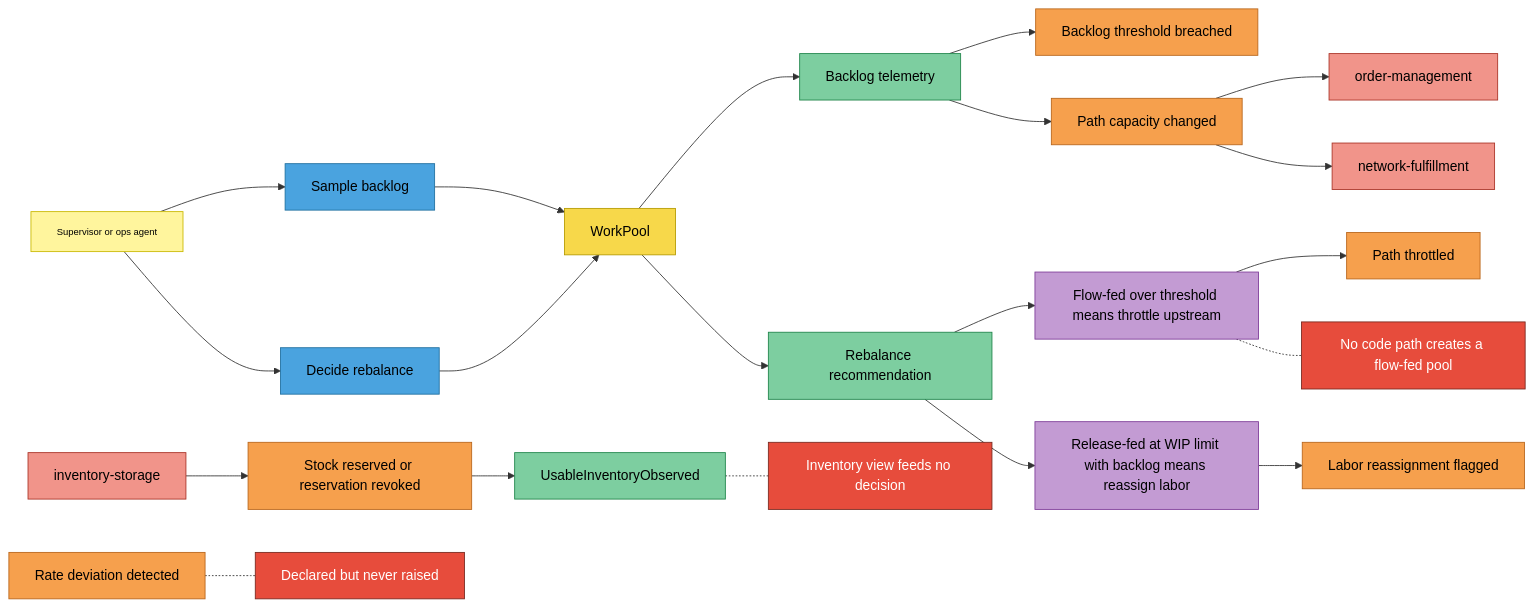
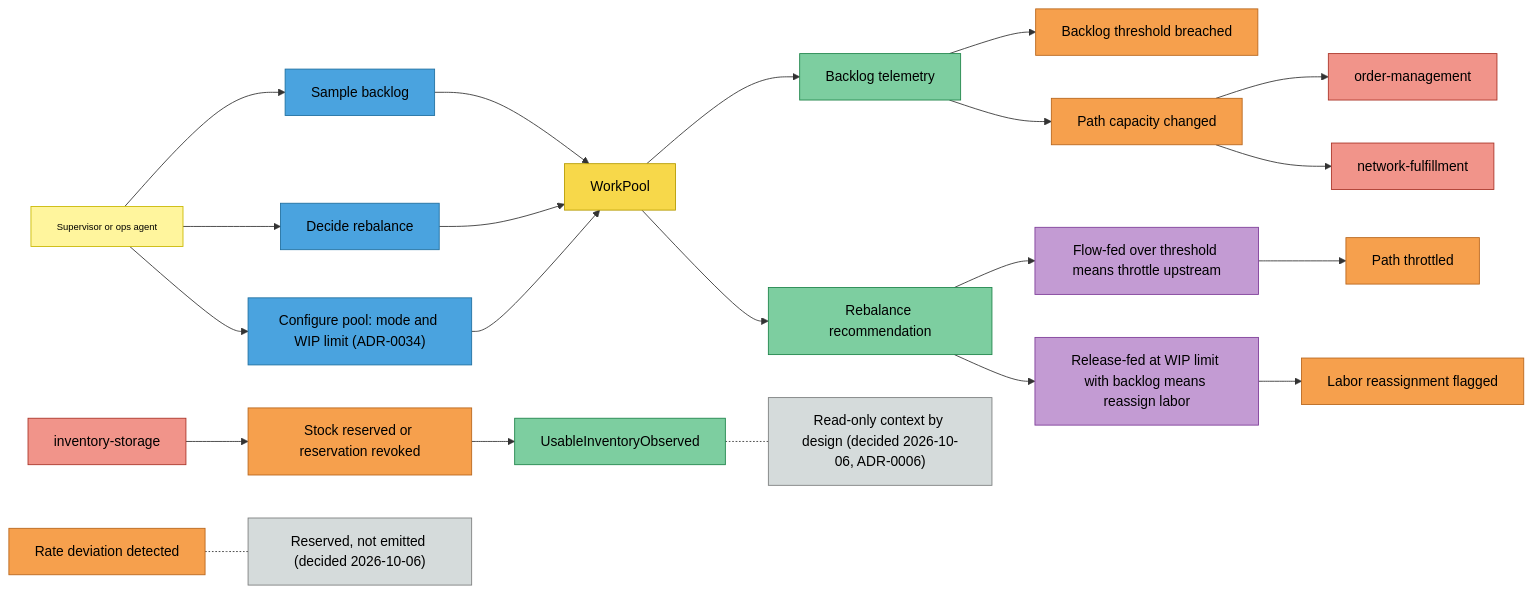
One commit to IQVO/warehouse-docs changed the fourth of 4 diagrams in docs/contexts/wes-work-planning/eventstorming.md. Above: the diagram before and after it, drawn with Mermaid. The commit also changed other lines of this file and 318 other files, not shown here.

````diff
--- a/docs/contexts/wes-work-planning/eventstorming.md
+++ b/docs/contexts/wes-work-planning/eventstorming.md
@@ -158,51 +158,52 @@
 ```mermaid
 flowchart LR
     Sup["Supervisor or ops agent"]:::actor
     INV["inventory-storage"]:::external
     OM["order-management"]:::external
     NF["network-fulfillment"]:::external
 
     C1["Sample backlog"]:::command
     A1["WorkPool"]:::aggregate
     R1["Backlog telemetry"]:::readmodel
     E1["Backlog threshold breached"]:::event
     E2["Path capacity changed"]:::event
 
     C2["Decide rebalance"]:::command
     R2["Rebalance recommendation"]:::readmodel
     P1["Flow-fed over threshold means throttle upstream"]:::policy
     P2["Release-fed at WIP limit with backlog means reassign labor"]:::policy
     E3["Path throttled"]:::event
     E4["Labor reassignment flagged"]:::event
 
+    C3["Configure pool: mode and WIP limit (ADR-0034)"]:::command
+
     ES["Stock reserved or reservation revoked"]:::event
     R3["UsableInventoryObserved"]:::readmodel
 
     E5["Rate deviation detected"]:::event
-    H1["Declared but never raised"]:::hotspot
-    H2["No code path creates a flow-fed pool"]:::hotspot
-    H3["Inventory view feeds no decision"]:::hotspot
+    H1["Reserved, not emitted (decided 2026-10-06)"]:::decided
+    H3["Read-only context by design (decided 2026-10-06, ADR-0006)"]:::decided
 
     Sup --> C1 --> A1 --> R1
     R1 --> E1
     R1 --> E2
     E2 --> OM
     E2 --> NF
     Sup --> C2 --> A1
+    Sup --> C3 --> A1
     A1 --> R2
     R2 --> P1 --> E3
     R2 --> P2 --> E4
     INV --> ES --> R3
     E5 -.- H1
-    P1 -.- H2
     R3 -.- H3
 
     classDef actor fill:#fff59d,stroke:#c9b800,color:#000,font-size:11px
     classDef command fill:#4aa3df,stroke:#1f6f9f,color:#000
     classDef aggregate fill:#f7d84a,stroke:#b59a00,color:#000
     classDef event fill:#f6a04d,stroke:#b8651b,color:#000
     classDef policy fill:#c39bd3,stroke:#7d3c98,color:#000
     classDef readmodel fill:#7dcea0,stroke:#1e8449,color:#000
     classDef external fill:#f1948a,stroke:#a93226,color:#000
-    classDef hotspot fill:#e74c3c,stroke:#78281f,color:#fff
+    classDef decided fill:#d5dbdb,stroke:#7b7d7d,color:#000
 ```
````
